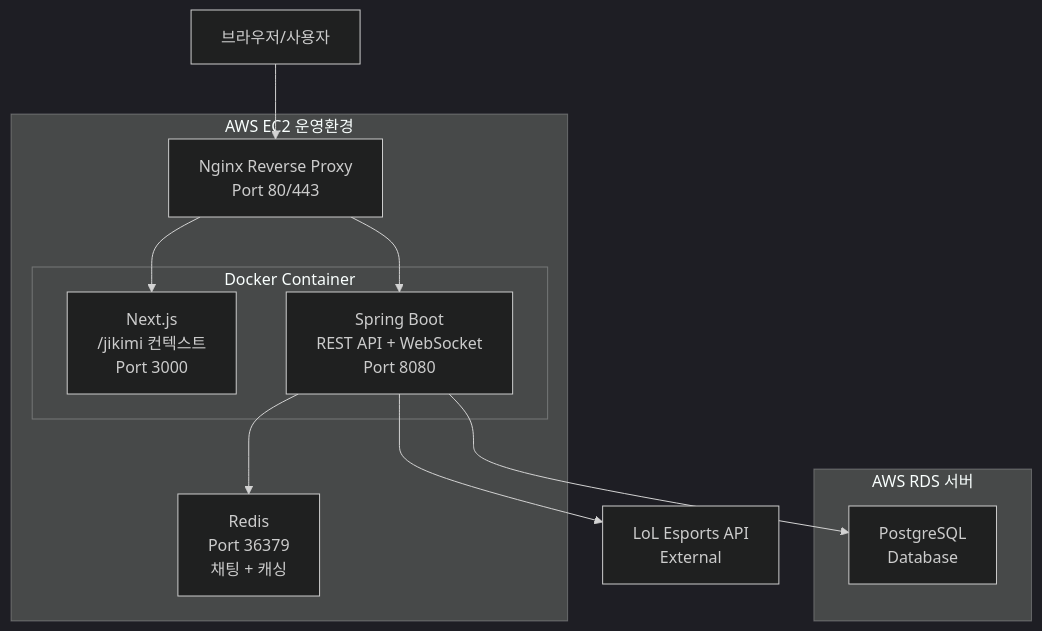
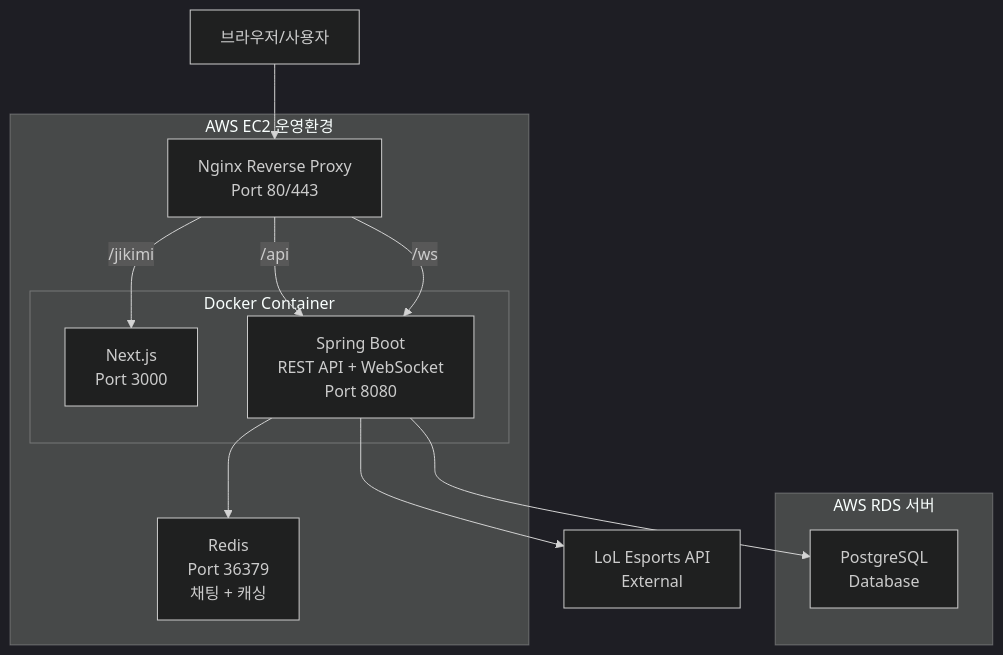
Before and after one commit to ji1007k/jilolgg-monolith: the diagram in docs/architecture.md, drawn with Mermaid (dark theme).

Commit message:
docs: 시스템 아키텍처 문서 수정
- 웹소켓과 REST API 요청 경로 구분

````diff
--- a/docs/architecture.md
+++ b/docs/architecture.md
@@ -8,26 +8,28 @@
 ```mermaid
 graph TD
     User[브라우저/사용자] --> Nginx
     
     subgraph EC2 ["AWS EC2 운영환경"]
         Nginx[Nginx Reverse Proxy<br/>Port 80/443]
         Redis[Redis<br/>Port 36379<br/>채팅 + 캐싱]
         
         subgraph Docker ["Docker Container"]
-            NextApp[Next.js<br/>/jikimi 컨텍스트<br/>Port 3000]
+            NextApp[Next.js<br/>Port 3000]
             Backend[Spring Boot<br/>REST API + WebSocket<br/>Port 8080]
         end
     end
     
     subgraph RDS ["AWS RDS 서버"]
         PostgreSQL[PostgreSQL<br/>Database]
     end
     
     LoLAPI[LoL Esports API<br/>External]
     
-    Nginx --> NextApp
-    Nginx --> Backend
+    Nginx -- "/api" --> Backend
+    Nginx -- "/ws" --> Backend
+    Nginx -- "/jikimi" --> NextApp
+    
     Backend --> Redis
     Backend --> PostgreSQL
     Backend --> LoLAPI
 ```
````
